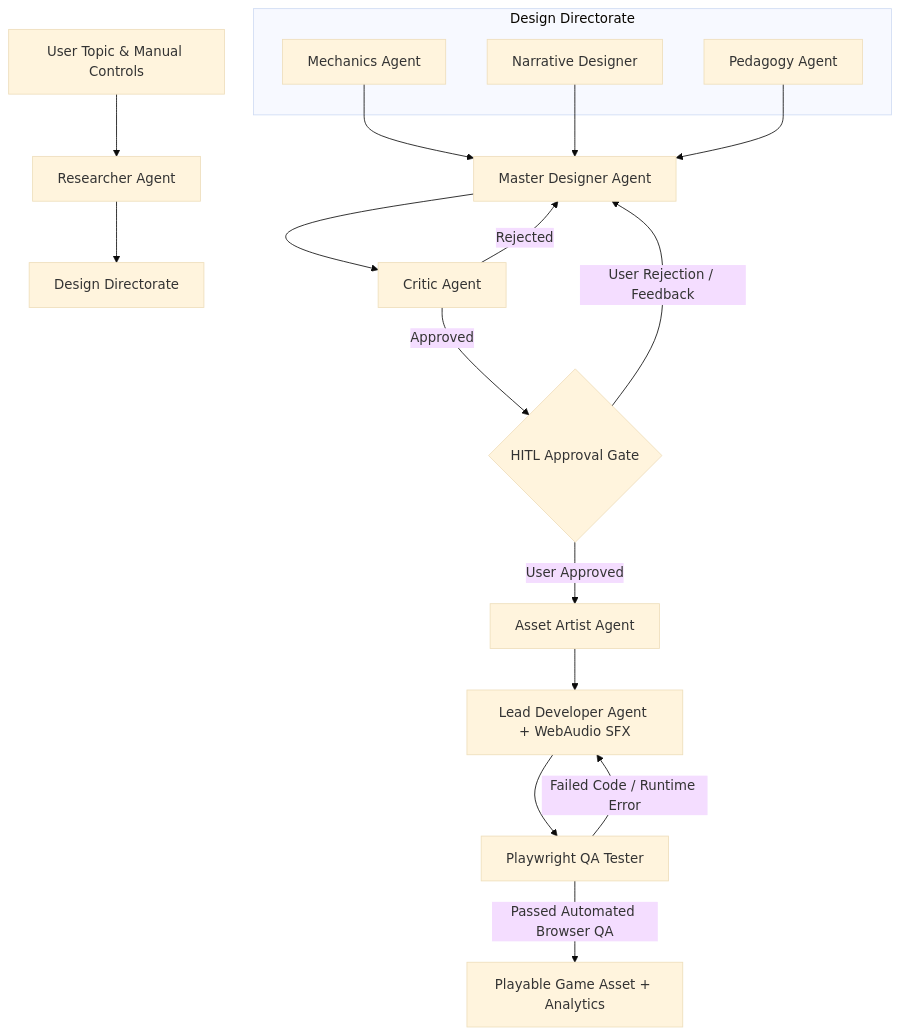
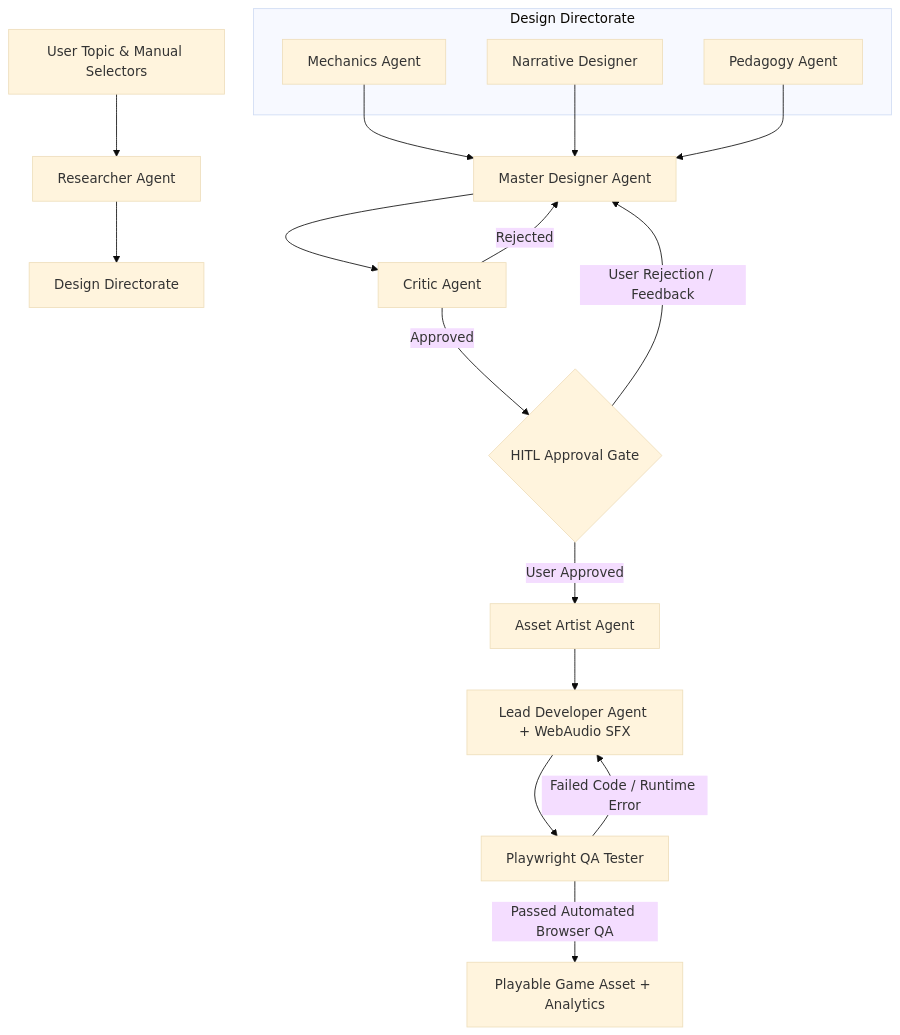
One commit to Shivam-Brahmkshatriya/AI-Educational-Game-Generator changed the diagram in README.md. Above: the diagram before and after it, drawn with Mermaid (base theme). The commit also changed other lines of this file, not shown here.

Commit message:
docs: write comprehensive master README detailing entire project architecture and features

````diff
--- a/README.md
+++ b/README.md
@@ -35,28 +45,28 @@
 ```mermaid
 flowchart TD
-    A[User Topic & Manual Controls] --> B[Researcher Agent]
+    A[User Topic & Manual Selectors] --> B[Researcher Agent]
     B --> C[Design Directorate]
     
     subgraph Design Directorate [Design Directorate]
         C1[Mechanics Agent]
         C2[Narrative Designer]
         C3[Pedagogy Agent]
     end
 
     C1 --> D[Master Designer Agent]
     C2 --> D
     C3 --> D
 
     D --> E[Critic Agent]
     E -- Rejected --> D
     E -- Approved --> F{HITL Approval Gate}
     
     F -- User Rejection / Feedback --> D
     F -- User Approved --> G[Asset Artist Agent]
     
     G --> H[Lead Developer Agent + WebAudio SFX]
     H --> I[Playwright QA Tester]
     
     I -- Failed Code / Runtime Error --> H
     I -- Passed Automated Browser QA --> J[Playable Game Asset + Analytics]
 ```
````
